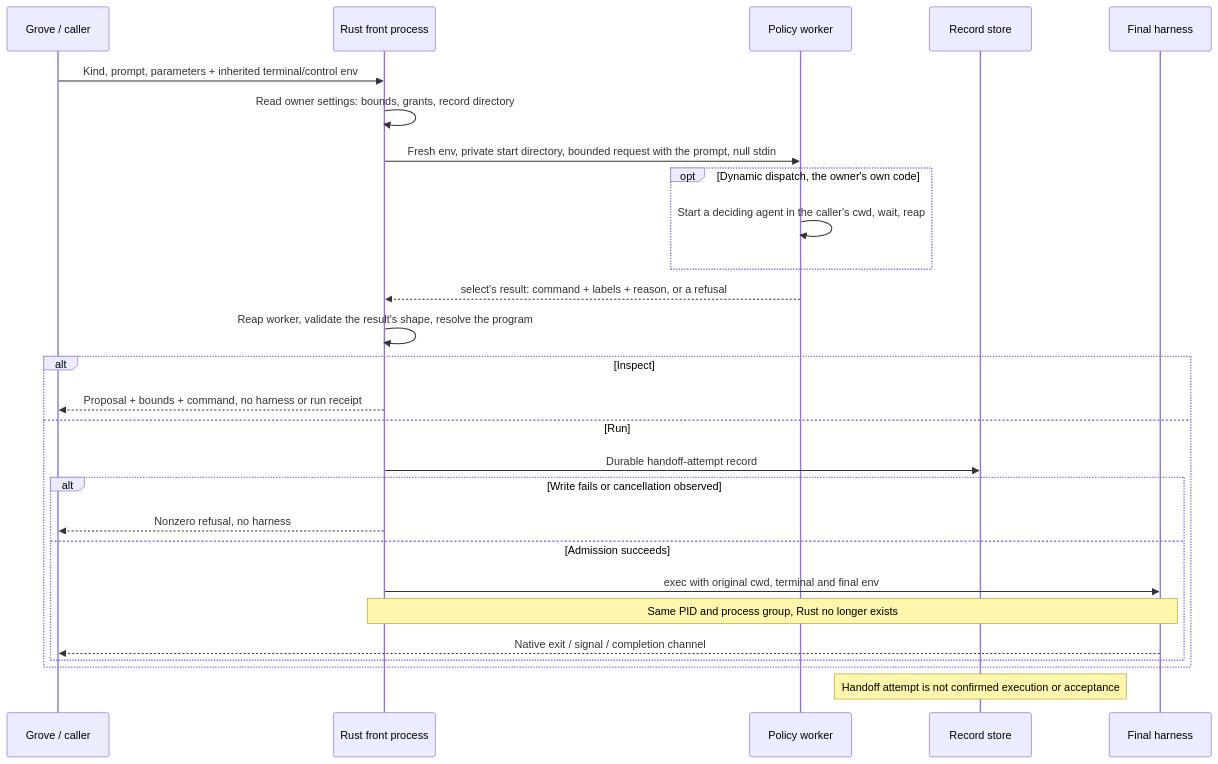
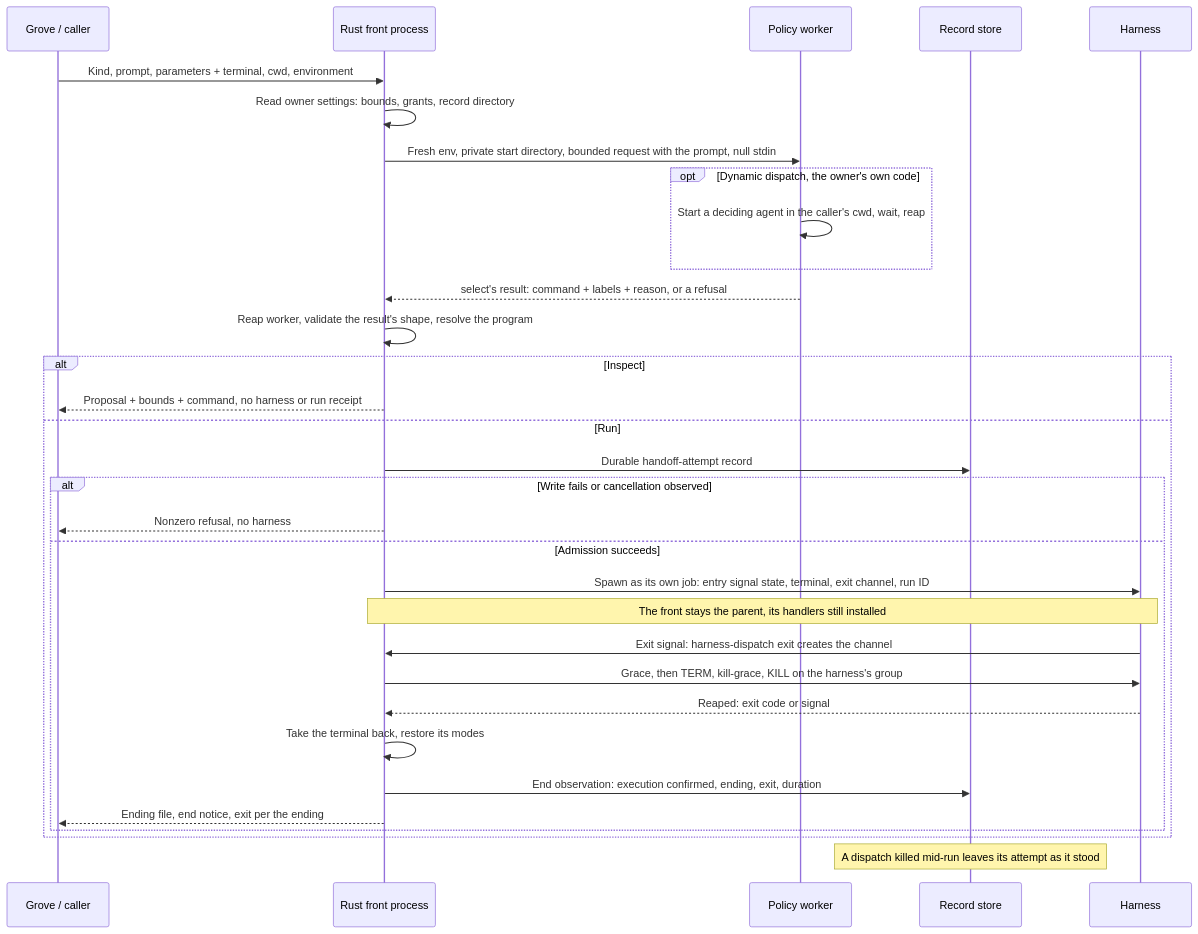
Before and after one commit to Linkuistics/grove: the diagram in docs/design/harness-selection-and-execution/handoff.mmd, drawn with Mermaid. The commit also changed 31 other files, not shown here.

First line of the commit message:
harness-wrapper-k2: design harness-dispatch as the harness's supervising wrapper, and cut harness-wrapper-k3 to review it before supervised-dispatch-k4 plans it

```diff
--- a/docs/design/harness-selection-and-execution/handoff.mmd
+++ b/docs/design/harness-selection-and-execution/handoff.mmd
@@ -1,27 +1,32 @@
 sequenceDiagram
   participant G as Grove / caller
   participant R as Rust front process
   participant W as Policy worker
   participant D as Record store
-  participant H as Final harness
-  G->>R: Kind, prompt, parameters + inherited terminal/control env
+  participant H as Harness
+  G->>R: Kind, prompt, parameters + terminal, cwd, environment
   R->>R: Read owner settings: bounds, grants, record directory
   R->>W: Fresh env, private start directory, bounded request with the prompt, null stdin
   opt Dynamic dispatch, the owner's own code
     W->>W: Start a deciding agent in the caller's cwd, wait, reap
   end
   W-->>R: select's result: command + labels + reason, or a refusal
   R->>R: Reap worker, validate the result's shape, resolve the program
   alt Inspect
     R-->>G: Proposal + bounds + command, no harness or run receipt
   else Run
     R->>D: Durable handoff-attempt record
     alt Write fails or cancellation observed
       R-->>G: Nonzero refusal, no harness
     else Admission succeeds
-      R->>H: exec with original cwd, terminal and final env
-      Note over R,H: Same PID and process group, Rust no longer exists
-      H-->>G: Native exit / signal / completion channel
+      R->>H: Spawn as its own job: entry signal state, terminal, exit channel, run ID
+      Note over R,H: The front stays the parent, its handlers still installed
+      H->>R: Exit signal: harness-dispatch exit creates the channel
+      R->>H: Grace, then TERM, kill-grace, KILL on the harness's group
+      H-->>R: Reaped: exit code or signal
+      R->>R: Take the terminal back, restore its modes
+      R->>D: End observation: execution confirmed, ending, exit, duration
+      R-->>G: Ending file, end notice, exit per the ending
     end
   end
-  Note over D: Handoff attempt is not confirmed execution or acceptance
+  Note over D: A dispatch killed mid-run leaves its attempt as it stood
```
